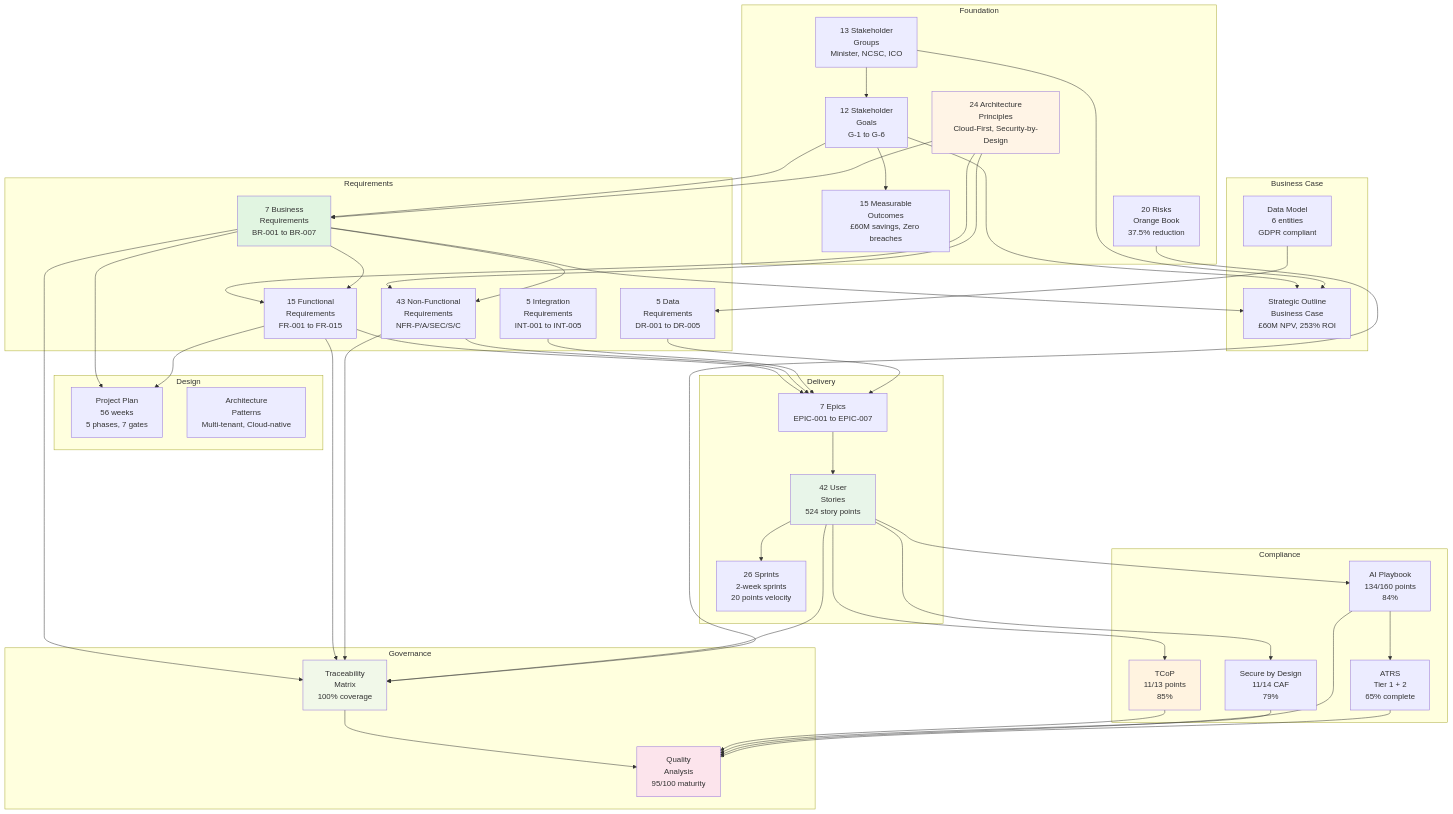
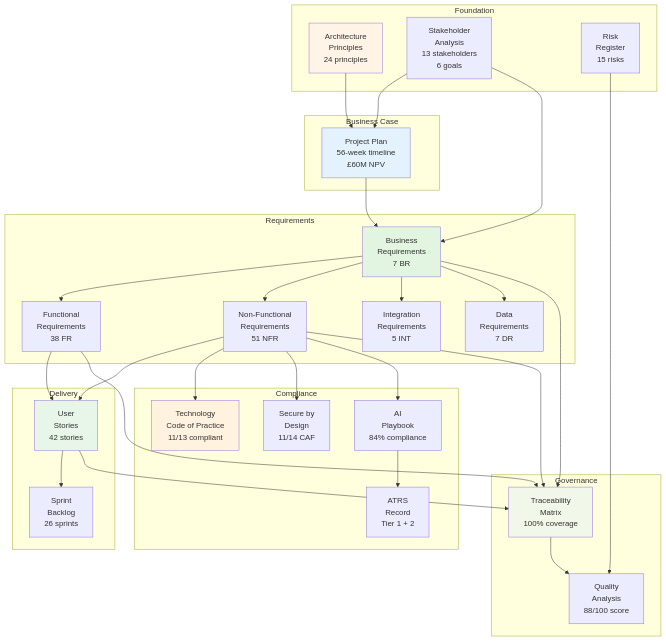
One commit to tractorjuice/arckit-test-project-v8-cabinet-office-genai changed the third of 3 diagrams in projects/001-cabinet-office-genai/PROJECT-STORY.md. Above: the diagram before and after it, drawn with Mermaid. The commit also changed other lines of this file, not shown here.

First line of the commit message:
feat: PROJECT-STORY.md v5.0 - regenerated with fixed template for GitHub-compatible Mermaid syntax

````diff
--- a/projects/001-cabinet-office-genai/PROJECT-STORY.md
+++ b/projects/001-cabinet-office-genai/PROJECT-STORY.md
@@ -956,96 +172,70 @@
 ```mermaid
 flowchart TD
     subgraph Foundation
-        Principles[24 Architecture<br/>Principles<br/>Cloud-First, Security-by-Design]
-        Stakeholders[13 Stakeholder<br/>Groups<br/>Minister, NCSC, ICO]
-        Goals[12 Stakeholder<br/>Goals<br/>G-1 to G-6]
-        Outcomes[15 Measurable<br/>Outcomes<br/>£60M savings, Zero breaches]
-        Risk[20 Risks<br/>Orange Book<br/>37.5% reduction]
+        Principles[Architecture<br/>Principles<br/>24 principles]
+        Stakeholders[Stakeholder<br/>Analysis<br/>13 stakeholders<br/>6 goals]
+        Risk[Risk<br/>Register<br/>15 risks]
     end
 
     subgraph Business Case
-        SOBC[Strategic Outline<br/>Business Case<br/>£60M NPV, 253% ROI]
-        DataModel[Data Model<br/>6 entities<br/>GDPR compliant]
+        SOBC[Project Plan<br/>56-week timeline<br/>£60M NPV]
     end
 
     subgraph Requirements
-        BR[7 Business<br/>Requirements<br/>BR-001 to BR-007]
-        FR[15 Functional<br/>Requirements<br/>FR-001 to FR-015]
-        NFR[43 Non-Functional<br/>Requirements<br/>NFR-P/A/SEC/S/C]
-        INT[5 Integration<br/>Requirements<br/>INT-001 to INT-005]
-        DR[5 Data<br/>Requirements<br/>DR-001 to DR-005]
-    end
-
-    subgraph Design
-        Plan[Project Plan<br/>56 weeks<br/>5 phases, 7 gates]
-        Principles2[Architecture<br/>Patterns<br/>Multi-tenant, Cloud-native]
+        BR[Business<br/>Requirements<br/>7 BR]
+        FR[Functional<br/>Requirements<br/>38 FR]
+        NFR[Non-Functional<br/>Requirements<br/>51 NFR]
+        INT[Integration<br/>Requirements<br/>5 INT]
+        DR[Data<br/>Requirements<br/>7 DR]
     end
 
     subgraph Delivery
-        Epics[7 Epics<br/>EPIC-001 to EPIC-007]
-        Stories[42 User<br/>Stories<br/>524 story points]
-        Sprints[26 Sprints<br/>2-week sprints<br/>20 points velocity]
+        Stories[User<br/>Stories<br/>42 stories]
+        Sprints[Sprint<br/>Backlog<br/>26 sprints]
     end
 
     subgraph Compliance
-        TCoP[TCoP<br/>11/13 points<br/>85%]
-        Secure[Secure by Design<br/>11/14 CAF<br/>79%]
-        AIPlaybook[AI Playbook<br/>134/160 points<br/>84%]
-        ATRS[ATRS<br/>Tier 1 + 2<br/>65% complete]
+        TCoP[Technology<br/>Code of Practice<br/>11/13 compliant]
+        Secure[Secure by<br/>Design<br/>11/14 CAF]
+        AIPlaybook[AI<br/>Playbook<br/>84% compliance]
+        ATRS[ATRS<br/>Record<br/>Tier 1 + 2]
     end
 
     subgraph Governance
         Traceability[Traceability<br/>Matrix<br/>100% coverage]
-        Analysis[Quality<br/>Analysis<br/>95/100 maturity]
+        Analysis[Quality<br/>Analysis<br/>88/100 score]
     end
 
-    Stakeholders --> Goals
-    Goals --> Outcomes
-    Goals --> BR
-    Principles --> BR
-    Principles --> FR
-    Principles --> NFR
-
+    Principles --> SOBC
+    Stakeholders --> SOBC
+    Stakeholders --> BR
+    SOBC --> BR
     BR --> FR
     BR --> NFR
-    DataModel --> DR
+    BR --> INT
+    BR --> DR
 
-    Goals --> SOBC
-    Stakeholders --> SOBC
-    BR --> SOBC
-
-    BR --> Plan
-    FR --> Plan
-
-    FR --> Epics
-    NFR --> Epics
-    INT --> Epics
-    DR --> Epics
-
-    Epics --> Stories
+    FR --> Stories
+    NFR --> Stories
     Stories --> Sprints
 
-    Stories --> TCoP
-    Stories --> Secure
-    Stories --> AIPlaybook
+    NFR --> TCoP
+    NFR --> Secure
+    NFR --> AIPlaybook
     AIPlaybook --> ATRS
 
     BR --> Traceability
     FR --> Traceability
     NFR --> Traceability
     Stories --> Traceability
-    Risk --> Traceability
 
     Traceability --> Analysis
-    TCoP --> Analysis
-    Secure --> Analysis
-    AIPlaybook --> Analysis
-    ATRS --> Analysis
+    Risk --> Analysis
 
     style Principles fill:#fff4e6
+    style SOBC fill:#e3f2fd
     style BR fill:#e1f5e1
     style Stories fill:#e8f5e9
     style TCoP fill:#fff3e0
     style Traceability fill:#f1f8e9
-    style Analysis fill:#fce4ec
 ```
````
